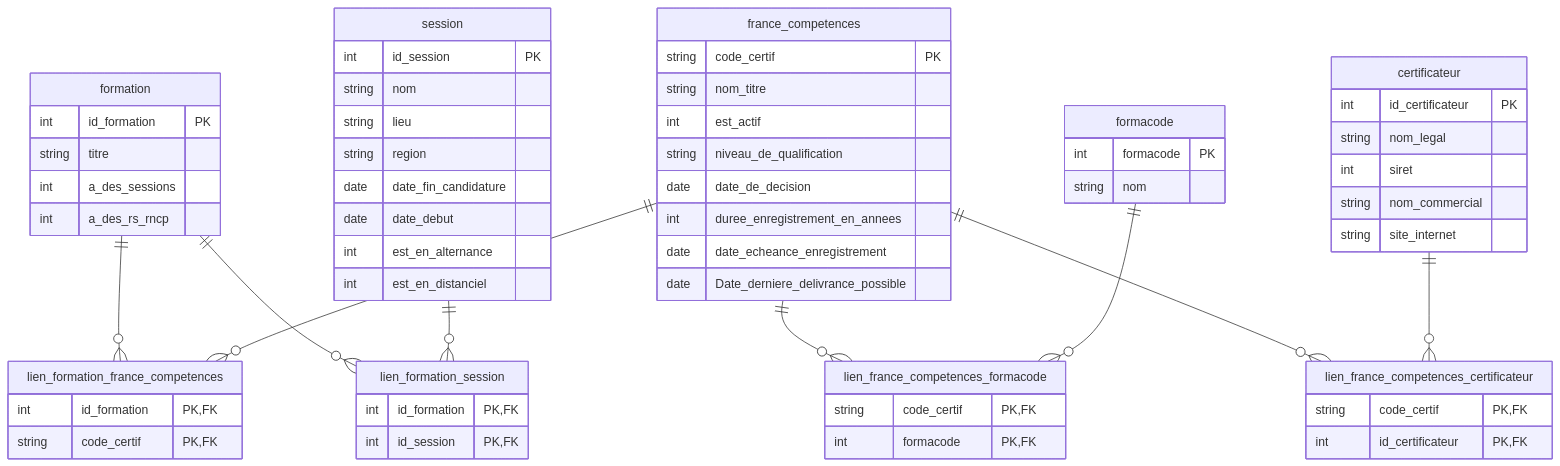
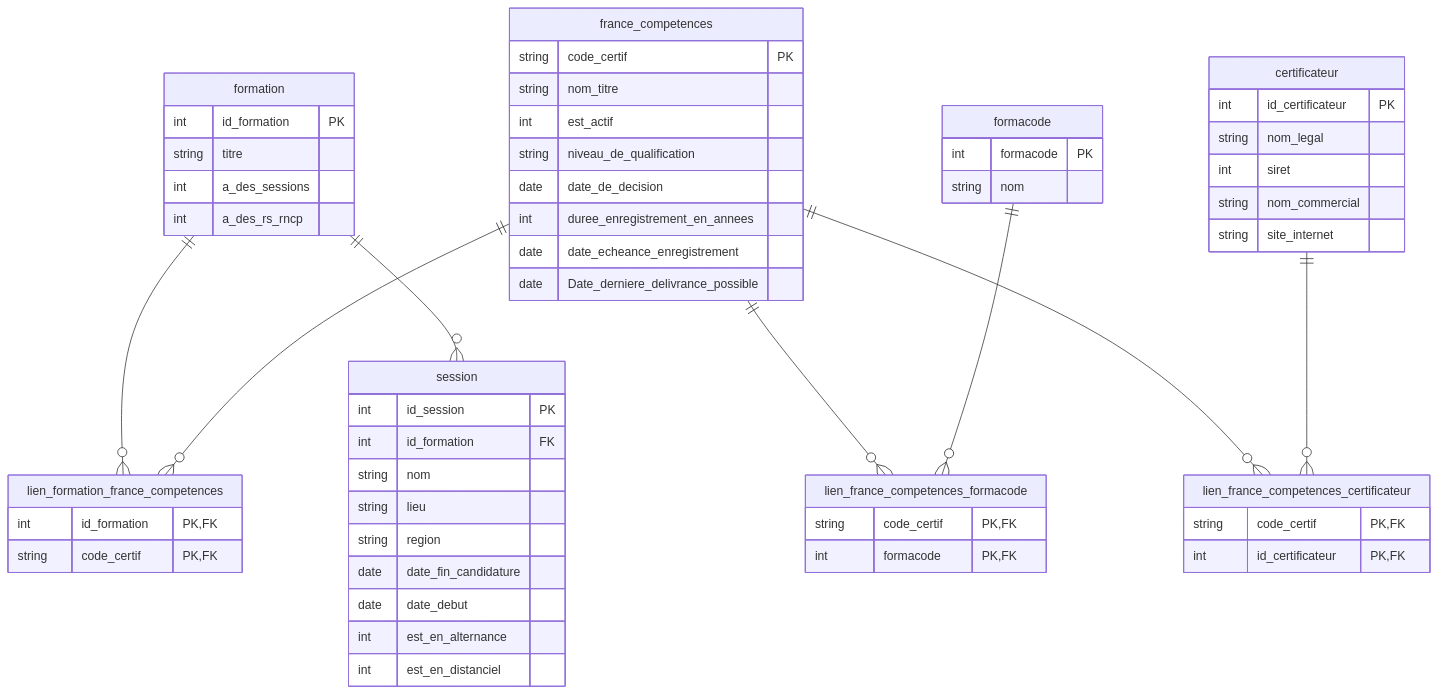
The diagram in schema.md (StevenDelval/Scraping_formations), drawn with Mermaid before and after one commit.

Commit message:
Change link betwteen formation and session

````diff
--- a/schema.md
+++ b/schema.md
@@ -1,77 +1,73 @@
 ```mermaid
 erDiagram
     formation {
         int id_formation PK
         string titre 
         int a_des_sessions
         int a_des_rs_rncp
        
     }
+
     france_competences {
         string code_certif PK
         string nom_titre
         int est_actif
         string niveau_de_qualification
         date date_de_decision
         int duree_enregistrement_en_annees 
         date date_echeance_enregistrement
         date Date_derniere_delivrance_possible 
-
-
     }
+    
     lien_formation_france_competences {
         int id_formation PK,FK
         string code_certif PK,FK
     }
+
     formacode{
         int formacode PK
         string nom
     }
 
     lien_france_competences_formacode {
         string code_certif PK,FK
         int formacode PK,FK
     }
 
     certificateur{
         int id_certificateur PK
         string nom_legal
         int siret
         string nom_commercial
         string site_internet 
     }
 
     lien_france_competences_certificateur{
         string code_certif PK,FK
         int id_certificateur PK,FK
     }
+
     session{
         int id_session PK
+        int id_formation FK
         string nom
         string lieu
         string region
         date date_fin_candidature
         date date_debut
         int est_en_alternance
         int est_en_distanciel
     }
 
-    lien_formation_session{
-        int id_formation PK,FK
-        int id_session PK,FK
-    }
-    
-
     formation ||--o{ lien_formation_france_competences : ""
     france_competences ||--o{ lien_formation_france_competences : ""
     
     france_competences ||--o{ lien_france_competences_formacode : ""
     formacode ||--o{ lien_france_competences_formacode : ""
     
     france_competences ||--o{ lien_france_competences_certificateur : ""
     certificateur ||--o{ lien_france_competences_certificateur : ""
-    
-    formation ||--o{ lien_formation_session : ""
-    session ||--o{ lien_formation_session : ""
+
+    formation ||--o{ session : ""
     
 ```
````
